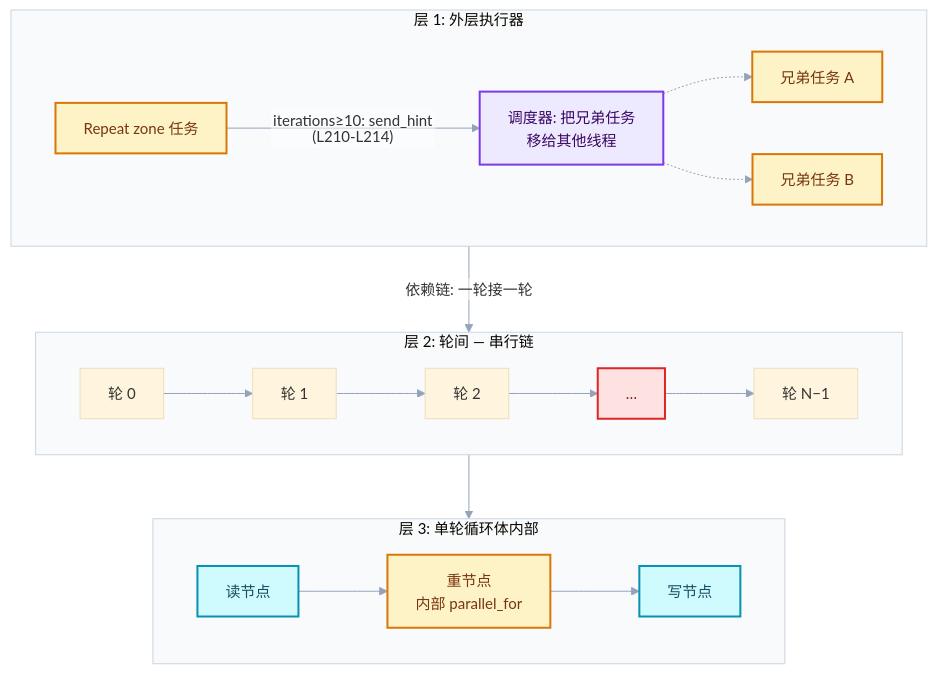
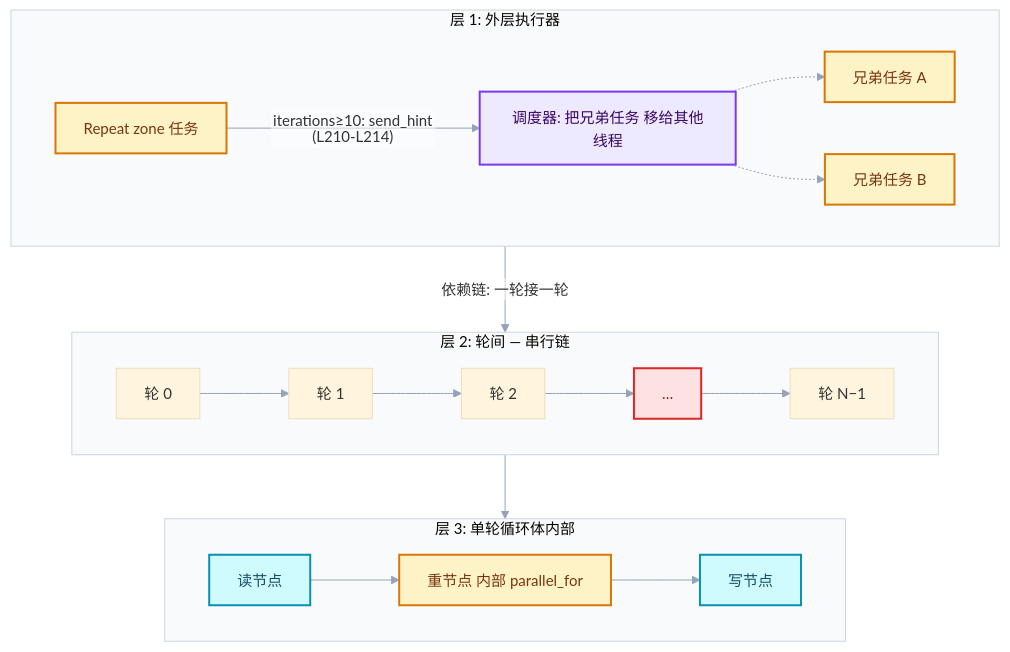
One commit to yunkezengren/blender-.vscode changed the fourth of 5 diagrams in 杂/markdown/重复区域-dsh/06-实战与性能/02-性能模型与开销分析.md. Above: the diagram before and after it, drawn with Mermaid. The commit also changed other lines of this file and 27 other files, not shown here.

````diff
--- a/杂/markdown/重复区域-dsh/06-实战与性能/02-性能模型与开销分析.md
+++ b/杂/markdown/重复区域-dsh/06-实战与性能/02-性能模型与开销分析.md
@@ -453,29 +327,29 @@
 ```mermaid
 %%{init: {"theme":"base","themeVariables":{"fontFamily":"\"Segoe UI\",\"Microsoft YaHei\",sans-serif","fontSize":"15px","lineColor":"#94A3B8","edgeLabelBackground":"#FFFFFF","clusterBkg":"#F8FAFC","clusterBorder":"#CBD5E1"},"flowchart":{"htmlLabels":false,"curve":"basis","nodeSpacing":52,"rankSpacing":64,"padding":14,"diagramPadding":16,"useMaxWidth":true},"sequence":{"useMaxWidth":true,"wrap":true,"mirrorActors":false,"messageMargin":36}}}%%
 flowchart TB
   subgraph L1["层 1: 外层执行器"]
     direction LR
     SIB["兄弟任务 A"]:::compute
     RZ["Repeat zone 任务"]:::compute
     SIB2["兄弟任务 B"]:::compute
-    RZ -->|"iterations≥10: send_hint (L210-L214)"| HINT["调度器: 把兄弟任务<br/>移给其他线程"]:::abstraction
+    RZ -->|"iterations≥10: send_hint (L210-L214)"| HINT["调度器: 把兄弟任务 移给其他线程"]:::abstraction
     HINT -.-> SIB
     HINT -.-> SIB2
   end
   subgraph L2["层 2: 轮间 — 串行链"]
     direction LR
     I0["轮 0"] --> I1["轮 1"] --> I2["轮 2"] --> I3["…"]:::error --> I4["轮 N−1"]
   end
   subgraph L3["层 3: 单轮循环体内部"]
     direction LR
-    P1["读节点"]:::data --> P2["重节点<br/>内部 parallel_for"]:::compute --> P3["写节点"]:::data
+    P1["读节点"]:::data --> P2["重节点 内部 parallel_for"]:::compute --> P3["写节点"]:::data
   end
   RZ -->|"依赖链: 一轮接一轮"| L2
   I1 --> L3
   classDef input fill:#DBEAFE,stroke:#2563EB,color:#172554,stroke-width:2px;
   classDef data fill:#CFFAFE,stroke:#0891B2,color:#164E63,stroke-width:2px;
   classDef abstraction fill:#EDE9FE,stroke:#7C3AED,color:#3B0764,stroke-width:2px;
   classDef compute fill:#FEF3C7,stroke:#D97706,color:#78350F,stroke-width:2px;
   classDef result fill:#DCFCE7,stroke:#16A34A,color:#14532D,stroke-width:2px;
   classDef error fill:#FEE2E2,stroke:#DC2626,color:#7F1D1D,stroke-width:2px;
 ```
````
